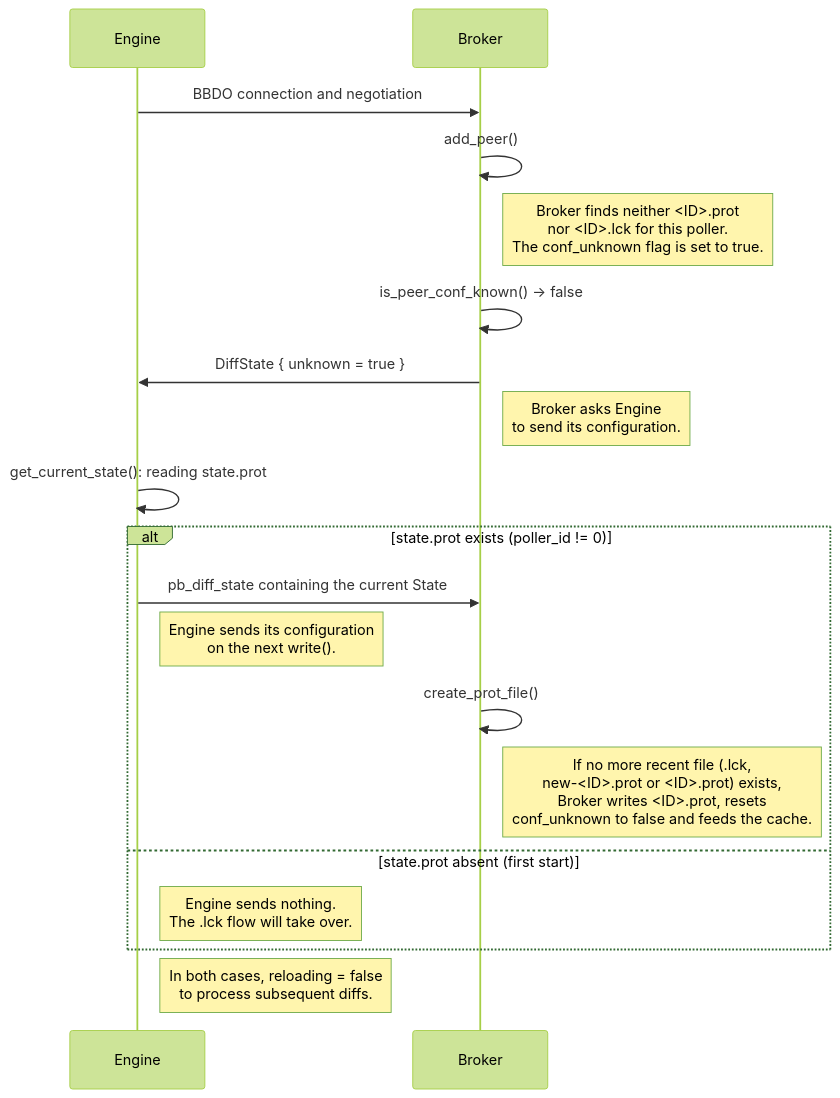
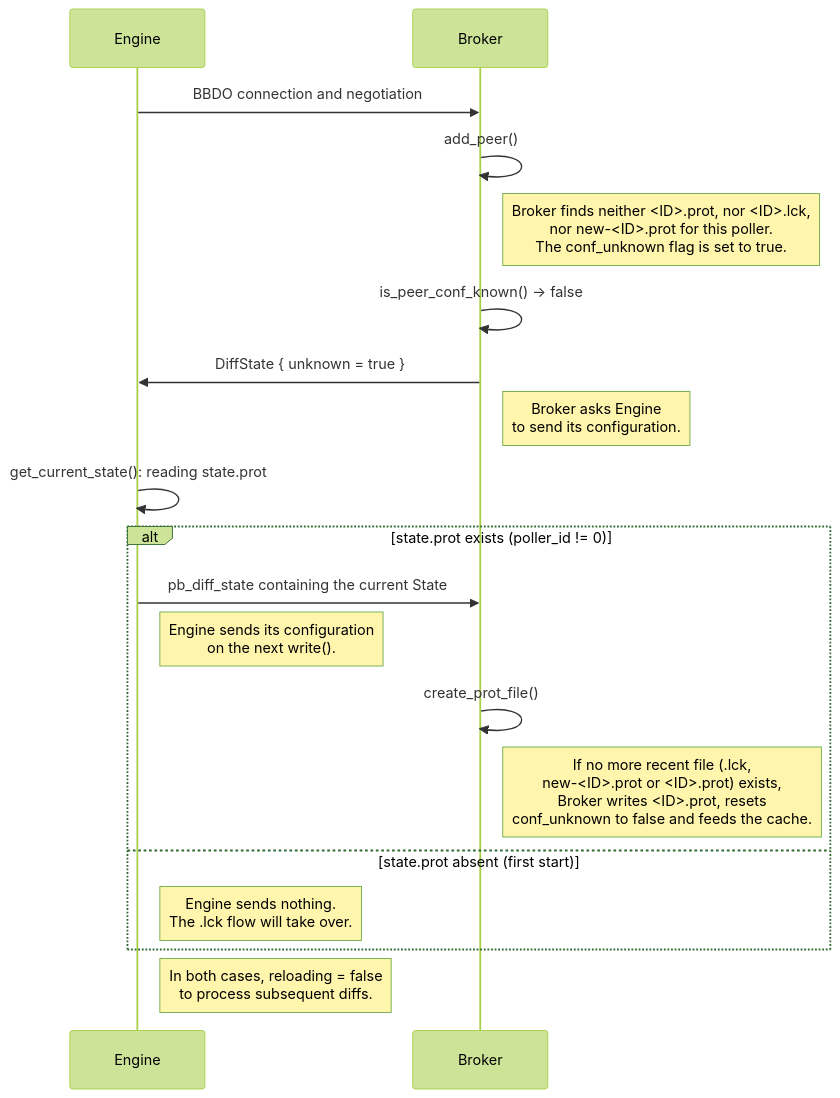
Before and after one commit to centreon/centreon-collect: the sixth of 35 diagrams in broker/doc/nego-engine-broker-en.md, drawn with Mermaid (forest theme). The commit also changed other lines of this file and 1 other file, not shown here.

Commit message:
chore(doc): nego-engine-broker updated on lck file

````diff
--- a/broker/doc/nego-engine-broker-en.md
+++ b/broker/doc/nego-engine-broker-en.md
@@ -532,22 +575,22 @@
 ```mermaid
 sequenceDiagram
     participant E as Engine
     participant B as Broker
 
     E ->> B: BBDO connection and negotiation
     B ->> B: add_peer()
-    note right of B: Broker finds neither <ID>.prot<br/>nor <ID>.lck for this poller.<br/>The conf_unknown flag is set to true.
+    note right of B: Broker finds neither <ID>.prot, nor <ID>.lck,<br/>nor new-<ID>.prot for this poller.<br/>The conf_unknown flag is set to true.
     B ->> B: is_peer_conf_known() → false
     B ->> E: DiffState { unknown = true }
     note right of B: Broker asks Engine<br/>to send its configuration.
     E ->> E: get_current_state(): reading state.prot
     alt state.prot exists (poller_id != 0)
         E ->> B: pb_diff_state containing the current State
         note right of E: Engine sends its configuration<br/>on the next write().
         B ->> B: create_prot_file()
         note right of B: If no more recent file (.lck,<br/>new-<ID>.prot or <ID>.prot) exists,<br/>Broker writes <ID>.prot, resets<br/>conf_unknown to false and feeds the cache.
     else state.prot absent (first start)
         note right of E: Engine sends nothing.<br/>The .lck flow will take over.
     end
     note right of E: In both cases, reloading = false<br/>to process subsequent diffs.
 ```
````
